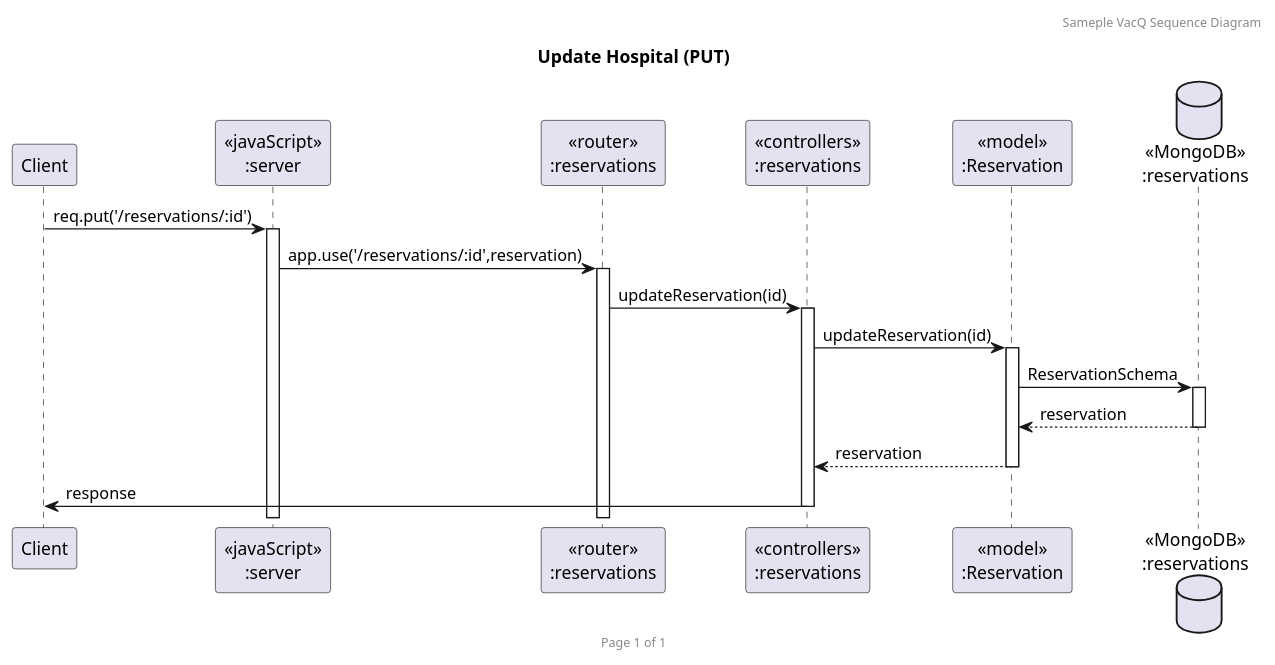
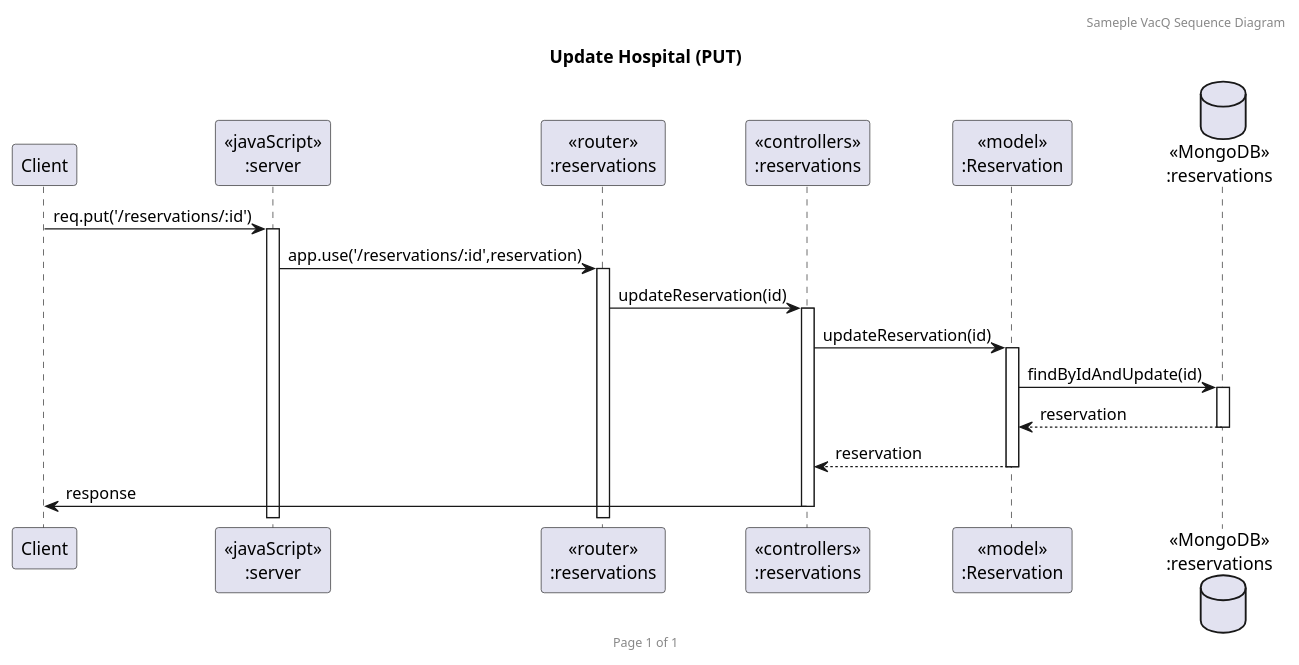
One commit to GavinITP/co-working-space-reservation changed the diagram in uml/coWorking_reservation_put.puml. Above: the diagram before and after it, drawn with PlantUML. The commit also changed 4 other files, not shown here.

```diff
--- a/uml/coWorking_reservation_put.puml
+++ b/uml/coWorking_reservation_put.puml
@@ -1,23 +1,23 @@
 @startuml Update Hospital (PUT)
 
 header Sameple VacQ Sequence Diagram
 footer Page %page% of %lastpage%
 title "Update Hospital (PUT)"
 
 participant "Client" as client
 participant "<<javaScript>>\n:server" as server
 participant "<<router>>\n:reservations" as routerReservation
 participant "<<controllers>>\n:reservations" as controllersReservation
 participant "<<model>>\n:Reservation" as modelReservation
 database "<<MongoDB>>\n:reservations" as ReservationDatabase
 
 client->server ++:req.put('/reservations/:id')
 server->routerReservation ++:app.use('/reservations/:id',reservation)
 routerReservation -> controllersReservation ++:updateReservation(id)
 controllersReservation->modelReservation ++:updateReservation(id)
-modelReservation ->ReservationDatabase ++: ReservationSchema
+modelReservation ->ReservationDatabase ++: findByIdAndUpdate(id)
 ReservationDatabase --> modelReservation --: reservation
 controllersReservation <-- modelReservation --: reservation
 controllersReservation->client --:response
 
 @enduml
```
